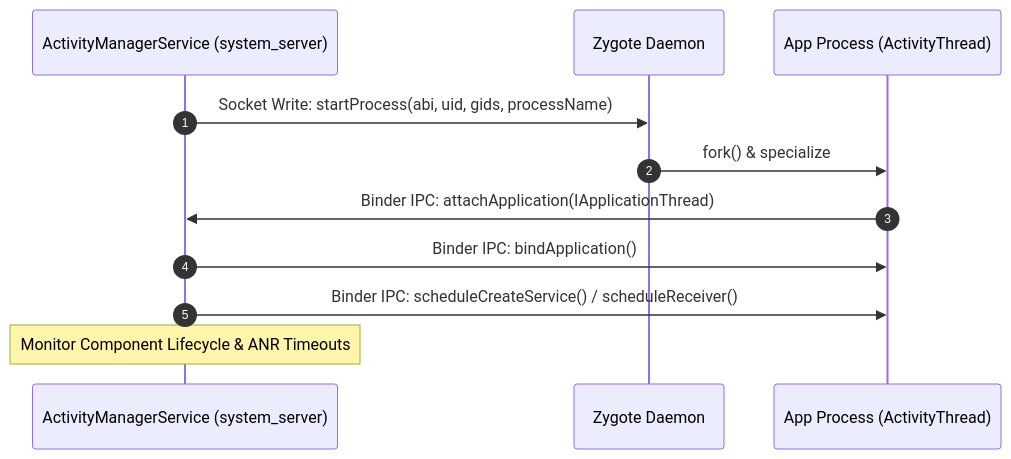
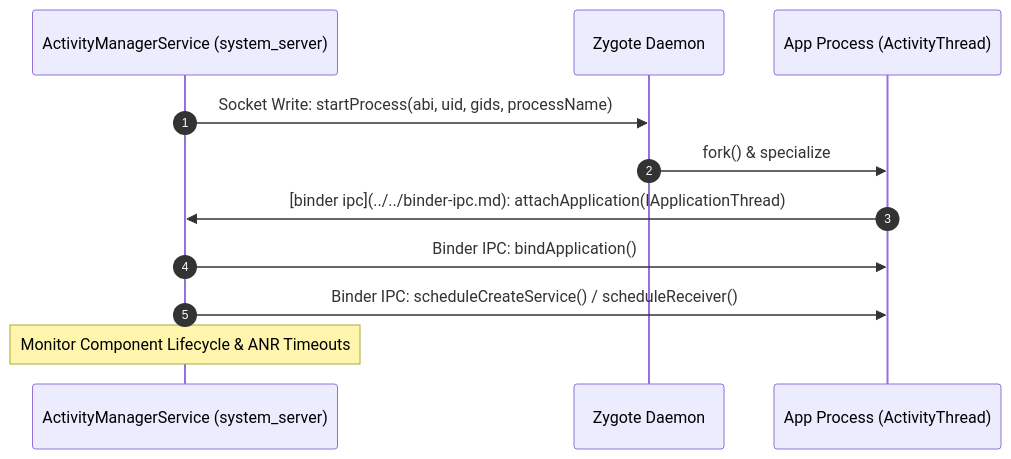
Before and after one commit to youngmin-gwon/what-i-studied: the diagram in 01_inbox/mobile/android/01_system_internals/boot-and-runtime/system-server-contracts/ams-coordinates-app-process-and-component-lifecycle.md, drawn with Mermaid. The commit also changed 185 other files, not shown here.

````diff
--- a/01_inbox/mobile/android/01_system_internals/boot-and-runtime/system-server-contracts/ams-coordinates-app-process-and-component-lifecycle.md
+++ b/01_inbox/mobile/android/01_system_internals/boot-and-runtime/system-server-contracts/ams-coordinates-app-process-and-component-lifecycle.md
@@ -27,14 +27,14 @@
 ```mermaid
 sequenceDiagram
     autonumber
     participant AMS as ActivityManagerService (system_server)
     participant ZYG as Zygote Daemon
     participant APP as App Process (ActivityThread)
 
     AMS->>ZYG: Socket Write: startProcess(abi, uid, gids, processName)
     ZYG->>APP: fork() & specialize
-    APP->>AMS: Binder IPC: attachApplication(IApplicationThread)
+    APP->>AMS: [binder ipc](../../binder-ipc.md): attachApplication(IApplicationThread)
     AMS->>APP: Binder IPC: bindApplication()
     AMS->>APP: Binder IPC: scheduleCreateService() / scheduleReceiver()
     Note over AMS: Monitor Component Lifecycle & ANR Timeouts
 ```
````
